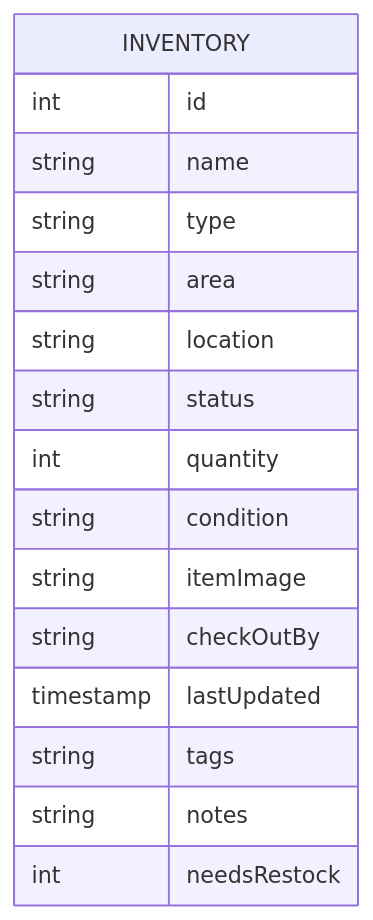
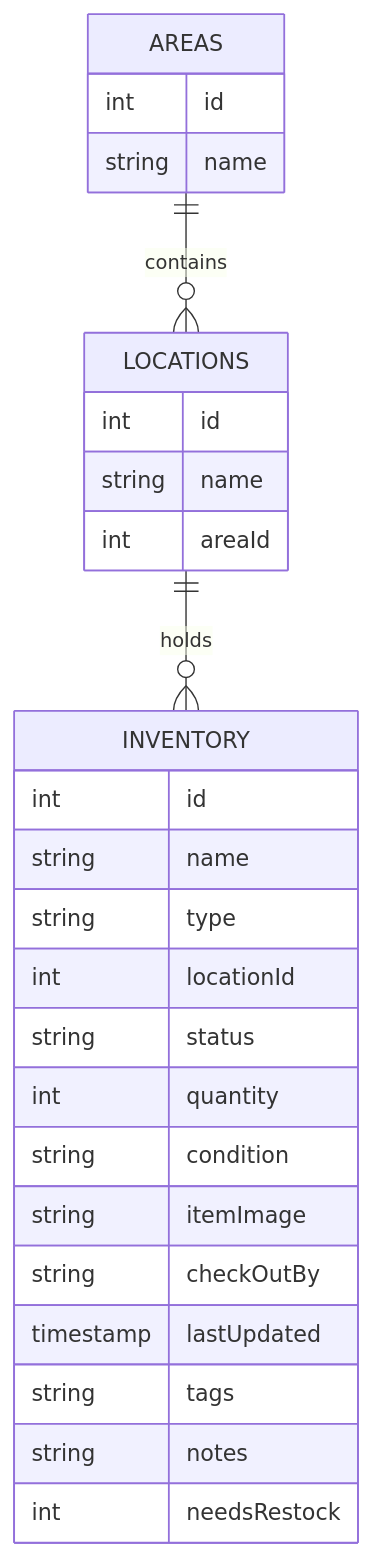
Before and after one commit to AugleBoBaugles/spare-pit: the diagram in docs/DEVELOPER.md, drawn with Mermaid. The commit also changed other lines of this file and 45 other files, not shown here.

Commit message:
Adds Location tab with area and location management, restructures the area location relationship, adds locationless items to the dashboard

````diff
--- a/docs/DEVELOPER.md
+++ b/docs/DEVELOPER.md
@@ -228,19 +236,29 @@
 ```mermaid
 erDiagram
+    AREAS ||--o{ LOCATIONS : contains
+    LOCATIONS ||--o{ INVENTORY : holds
+    AREAS {
+        int    id
+        string name
+    }
+    LOCATIONS {
+        int    id
+        string name
+        int    areaId
+    }
     INVENTORY {
         int    id
         string name
         string type
-        string area
-        string location
+        int    locationId
         string status
         int    quantity
         string condition
         string itemImage
         string checkOutBy
         timestamp lastUpdated
         string tags
         string notes
         int    needsRestock
     }
 ```
````
